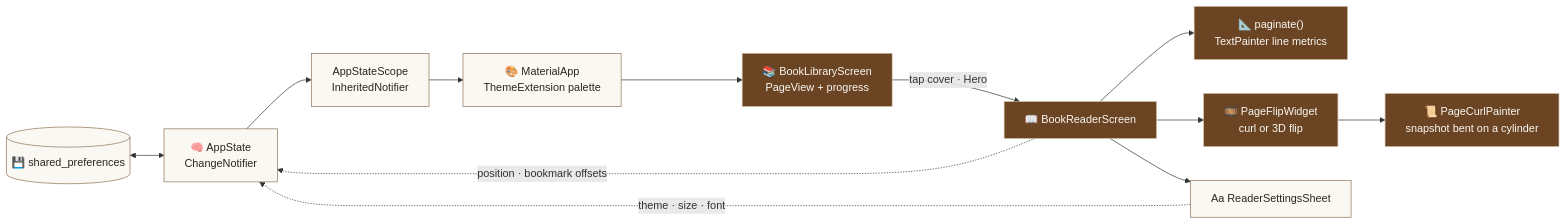
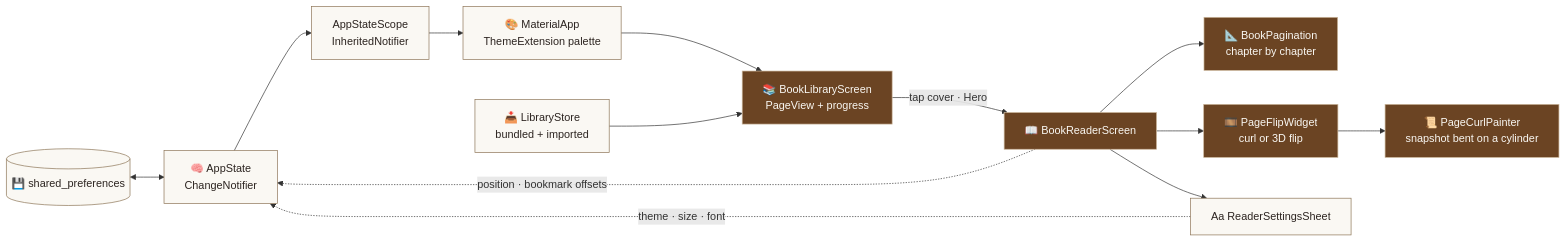
One commit to HammasT1/Animated_Book changed the diagram in README.md. Above: the diagram before and after it, drawn with Mermaid. The commit also changed other lines of this file and 22 other files, not shown here.

````diff
--- a/README.md
+++ b/README.md
@@ -212,19 +215,20 @@
 ```mermaid
 flowchart LR
     P[("💾 shared_preferences")] <--> S["🧠 AppState<br/>ChangeNotifier"]
     S --> Q["AppStateScope<br/>InheritedNotifier"]
     Q --> M["🎨 MaterialApp<br/>ThemeExtension palette"]
     M --> L["📚 BookLibraryScreen<br/>PageView + progress"]
     L -- "tap cover · Hero" --> R["📖 BookReaderScreen"]
-    R --> G["📐 paginate()<br/>TextPainter line metrics"]
+    B["📥 LibraryStore<br/>bundled + imported"] --> L
+    R --> G["📐 BookPagination<br/>chapter by chapter"]
     R --> F["🎞️ PageFlipWidget<br/>curl or 3D flip"]
     F --> C["📜 PageCurlPainter<br/>snapshot bent on a cylinder"]
     R --> T["Aa ReaderSettingsSheet"]
     R -. "position · bookmark offsets" .-> S
     T -. "theme · size · font" .-> S
 
     classDef leather fill:#6B4423,stroke:#CBB69B,color:#FAF8F3
     classDef paper fill:#FAF8F3,stroke:#8B7355,color:#2C2420
     class L,R,F,G,C leather
-    class P,S,Q,M,T paper
+    class P,S,Q,M,T,B paper
 ```
````
